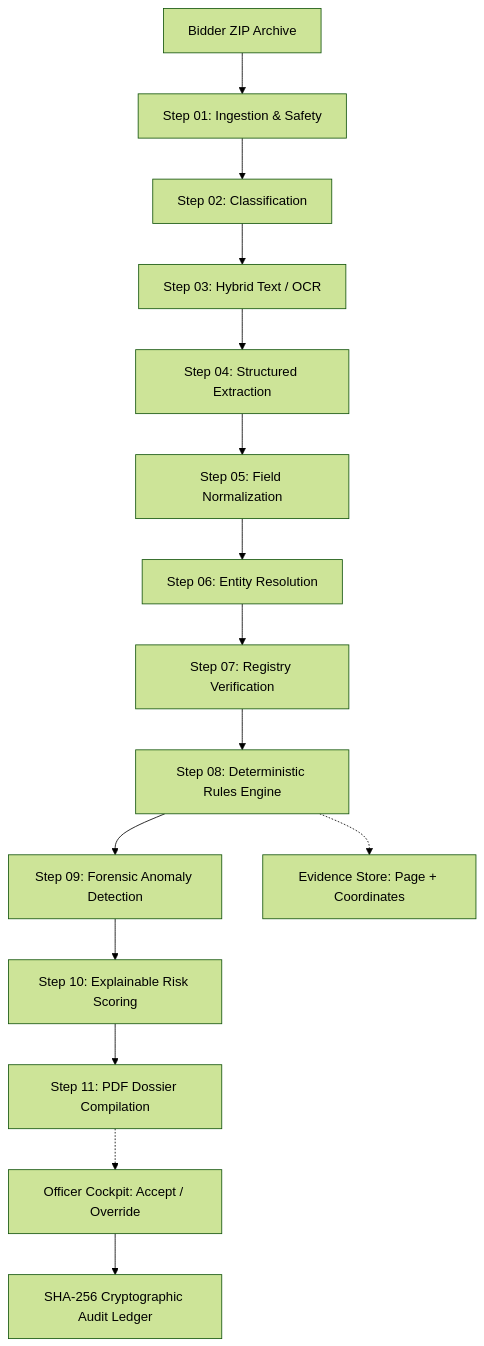
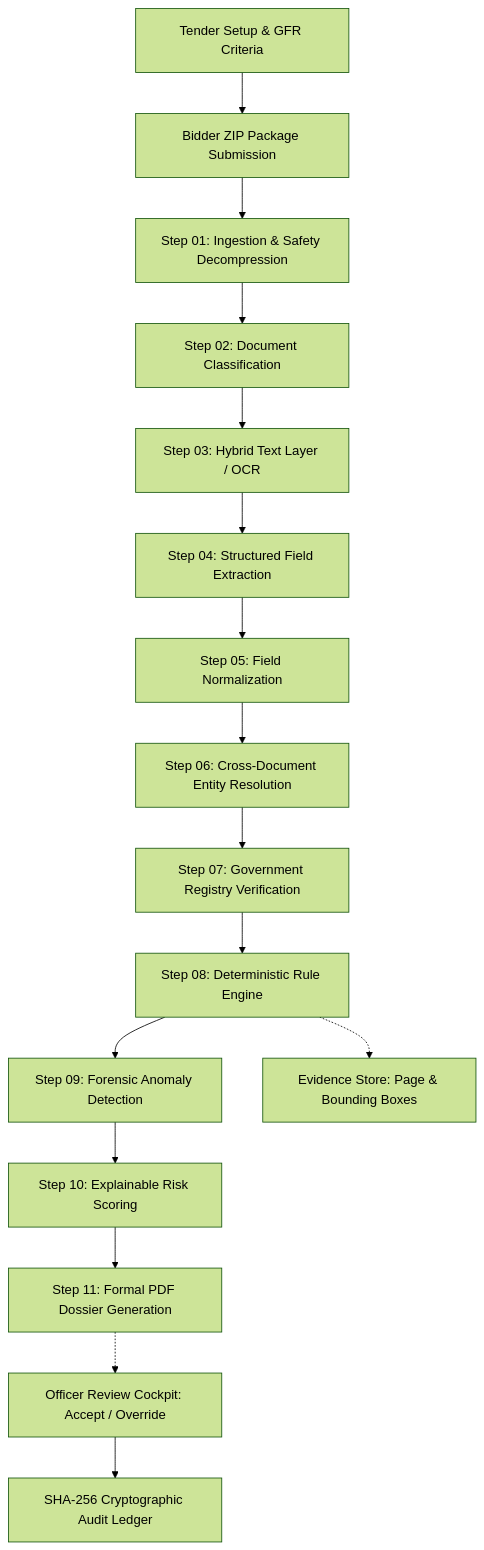
Before and after one commit to ratnesh-ml/SIH26100: the first of 2 diagrams in README.md, drawn with Mermaid (forest theme). The commit also changed other lines of this file, not shown here.

````diff
--- a/README.md
+++ b/README.md
@@ -139,18 +125,19 @@
 ```mermaid
 flowchart TD
-    A[Bidder ZIP Archive] --> B[Step 01: Ingestion & Safety]
-    B --> C[Step 02: Classification]
-    C --> D[Step 03: Hybrid Text / OCR]
-    D --> E[Step 04: Structured Extraction]
-    E --> F[Step 05: Field Normalization]
-    F --> G[Step 06: Entity Resolution]
-    G --> H[Step 07: Registry Verification]
-    H --> I[Step 08: Deterministic Rules Engine]
-    I --> J[Step 09: Forensic Anomaly Detection]
-    J --> K[Step 10: Explainable Risk Scoring]
-    K --> L[Step 11: PDF Dossier Compilation]
+    A[Tender Setup & GFR Criteria] --> B[Bidder ZIP Package Submission]
+    B --> C[Step 01: Ingestion & Safety Decompression]
+    C --> D[Step 02: Document Classification]
+    D --> E[Step 03: Hybrid Text Layer / OCR]
+    E --> F[Step 04: Structured Field Extraction]
+    F --> G[Step 05: Field Normalization]
+    G --> H[Step 06: Cross-Document Entity Resolution]
+    H --> I[Step 07: Government Registry Verification]
+    I --> J[Step 08: Deterministic Rule Engine]
+    J --> K[Step 09: Forensic Anomaly Detection]
+    K --> L[Step 10: Explainable Risk Scoring]
+    L --> M[Step 11: Formal PDF Dossier Generation]
     
-    I -.-> M[Evidence Store: Page + Coordinates]
-    L -.-> N[Officer Cockpit: Accept / Override]
-    N --> O[SHA-256 Cryptographic Audit Ledger]
+    J -.-> N[Evidence Store: Page & Bounding Boxes]
+    M -.-> O[Officer Review Cockpit: Accept / Override]
+    O --> P[SHA-256 Cryptographic Audit Ledger]
 ```
````
